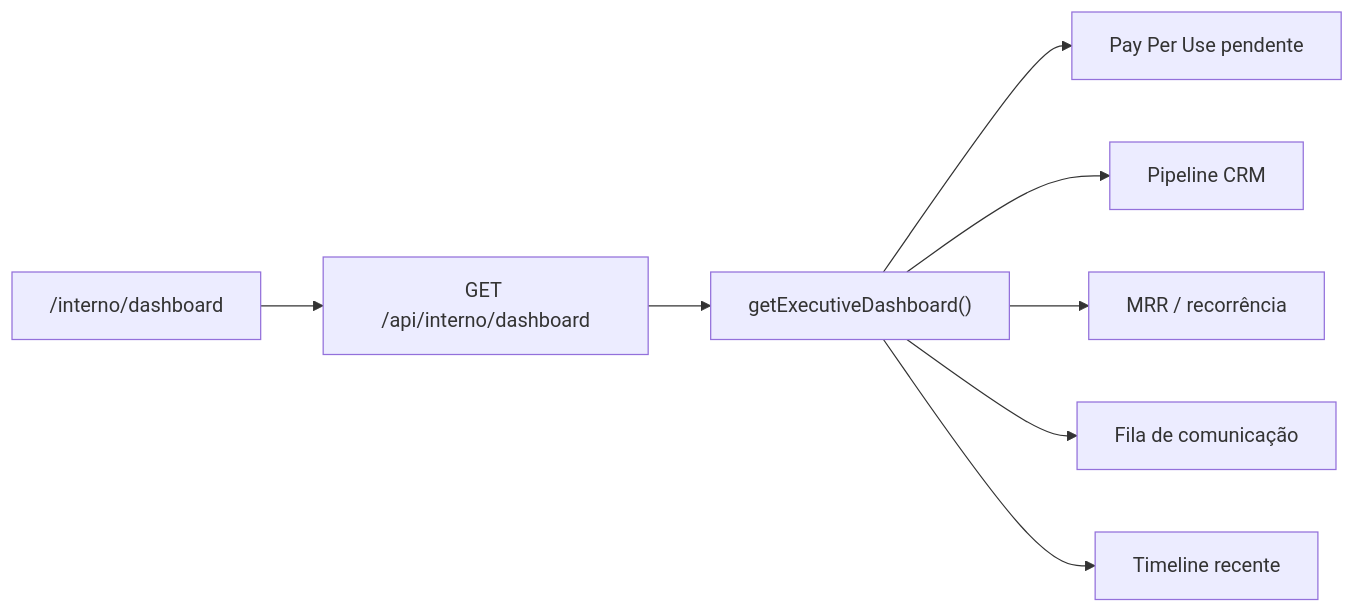
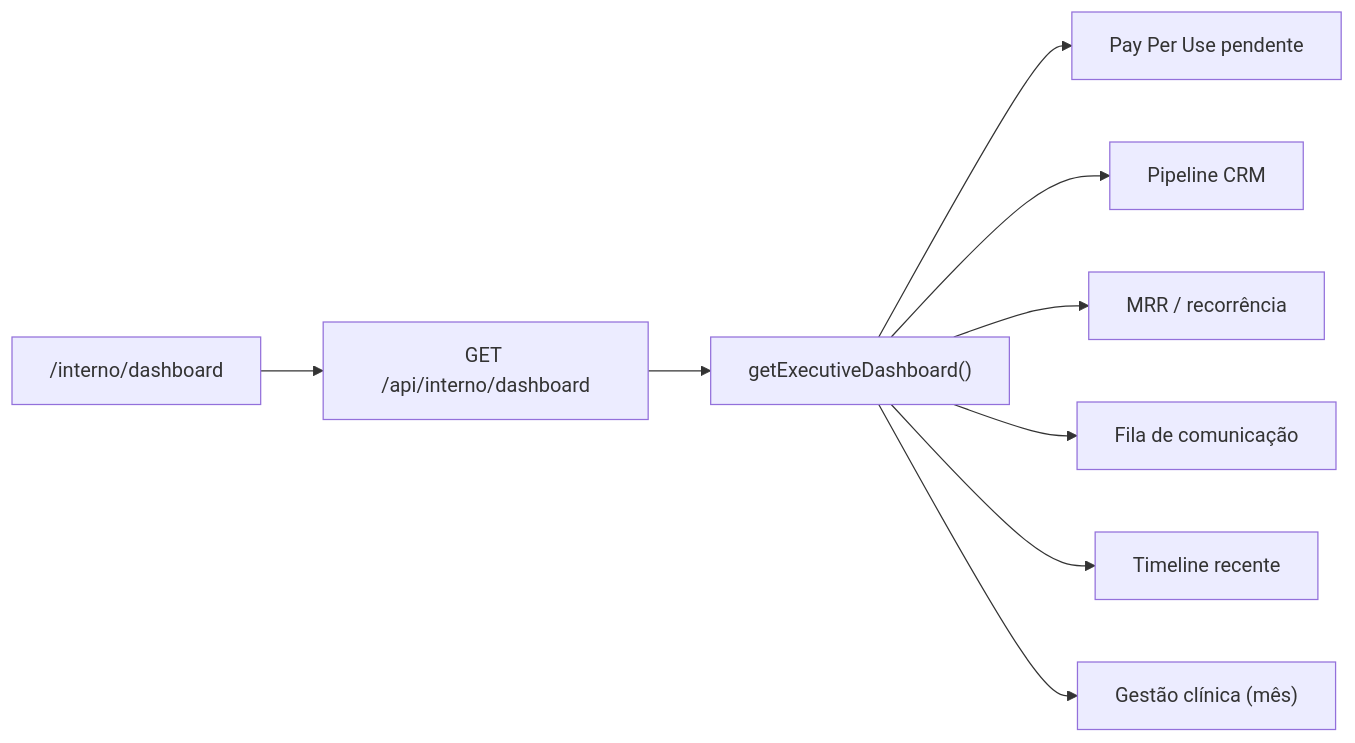
Diagram 16 of 16 in docs/plataforma/ARQUITETURA.md (Piulres/sistema-bibi), drawn with Mermaid before and after one commit. The commit also changed other lines of this file and 8 other files, not shown here.

````diff
--- a/docs/plataforma/ARQUITETURA.md
+++ b/docs/plataforma/ARQUITETURA.md
@@ -798,10 +812,11 @@
 ```mermaid
 flowchart LR
   Page["/interno/dashboard"] --> API["GET /api/interno/dashboard"]
   API --> Svc["getExecutiveDashboard()"]
   Svc --> PP["Pay Per Use pendente"]
   Svc --> CRM["Pipeline CRM"]
   Svc --> Sub["MRR / recorrência"]
   Svc --> Msg["Fila de comunicação"]
   Svc --> TL["Timeline recente"]
+  Svc --> CF["Gestão clínica (mês)"]
 ```
````
